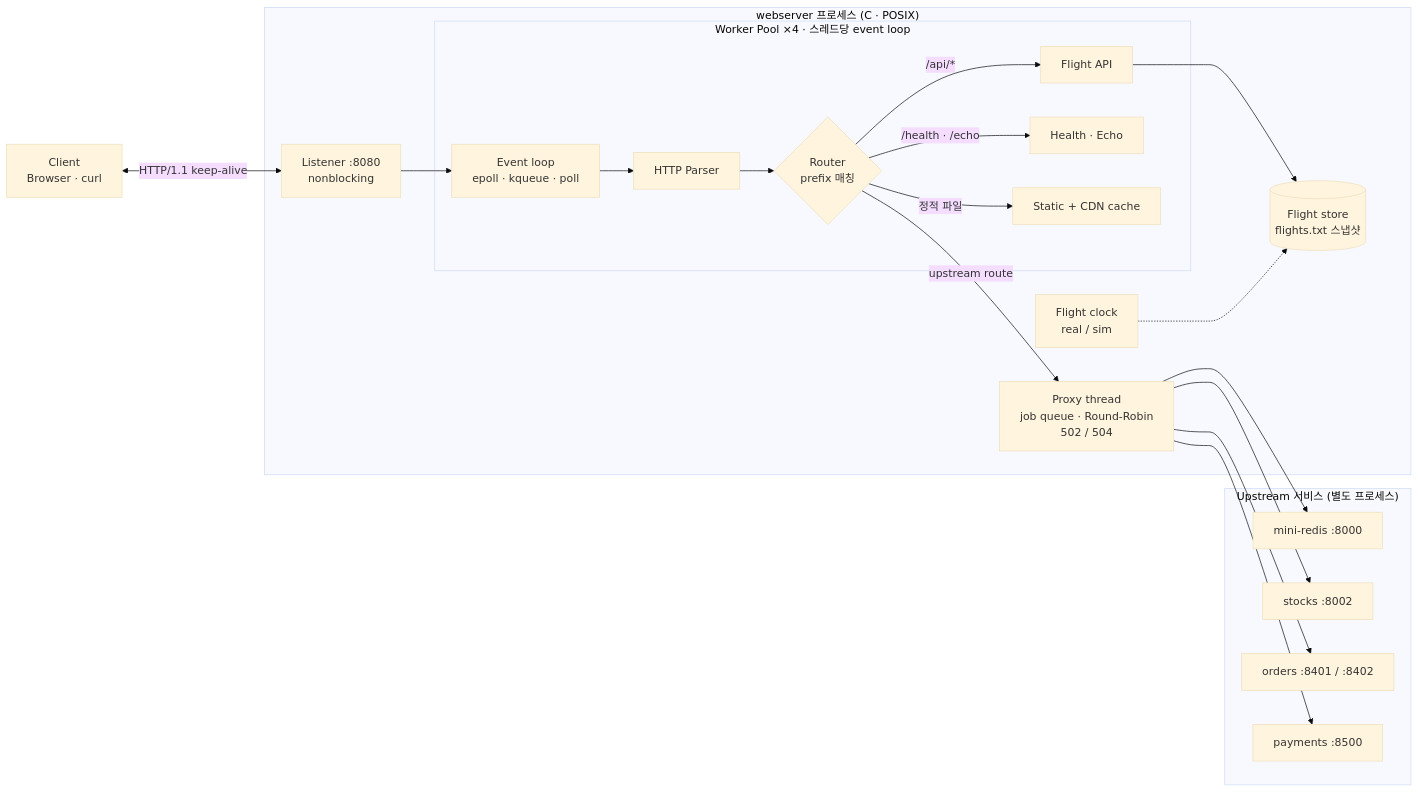
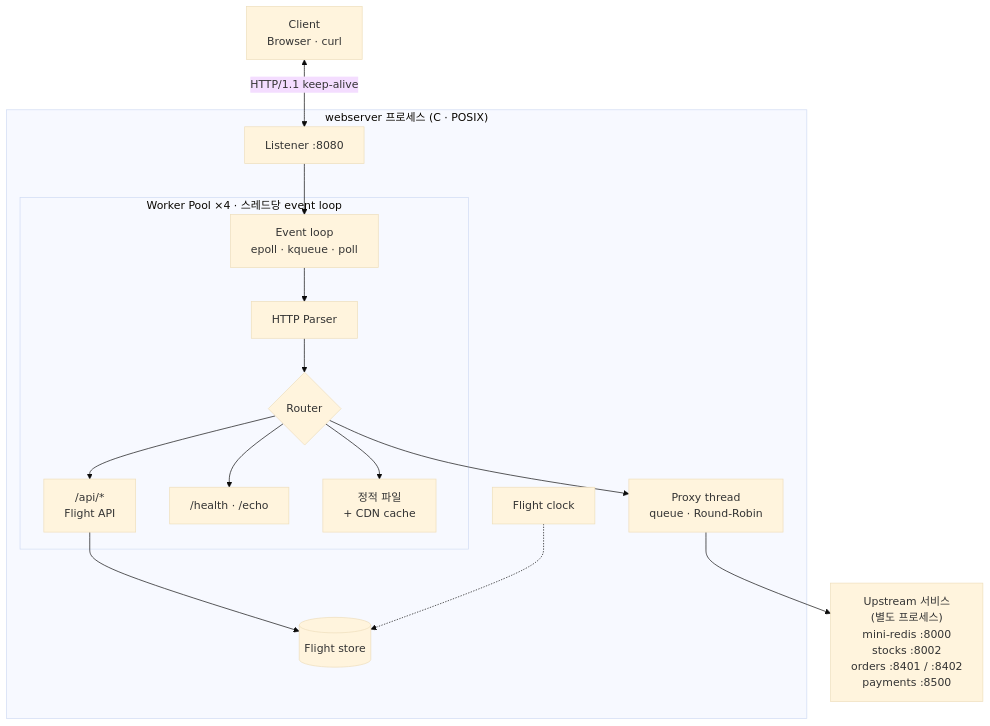
One commit to choimoohun/SW-AI-W13-Web-Server changed the diagram in README.md. Above: the diagram before and after it, drawn with Mermaid (base theme). The commit also changed 1 other file, not shown here.

Commit message:
docs: 아키텍처·이벤트 루프 그림을 mermaid로 교체
- 구성도/흐름을 mermaid flowchart로 직접 그림
- 멀티플렉싱 동작 순서는 DESIGN.md 링크로 연결

````diff
--- a/README.md
+++ b/README.md
@@ -74,23 +74,17 @@
 ```mermaid
-flowchart LR
-    C["Client<br/>Browser · curl"] <-->|"HTTP/1.1 keep-alive"| L["Listener :8080<br/>nonblocking"]
+flowchart TB
+    C["Client<br/>Browser · curl"] <-->|"HTTP/1.1 keep-alive"| L["Listener :8080"]
     subgraph S["webserver 프로세스 (C · POSIX)"]
         L --> EL
         subgraph W["Worker Pool ×4 · 스레드당 event loop"]
-            EL["Event loop<br/>epoll · kqueue · poll"] --> HP["HTTP Parser"] --> R{"Router<br/>prefix 매칭"}
-            R -->|"/api/*"| API["Flight API"]
-            R -->|"/health · /echo"| HC["Health · Echo"]
-            R -->|"정적 파일"| ST["Static + CDN cache"]
+            EL["Event loop<br/>epoll · kqueue · poll"] --> HP["HTTP Parser"] --> R{"Router"}
+            R --> API["/api/*<br/>Flight API"]
+            R --> HC["/health · /echo"]
+            R --> ST["정적 파일<br/>+ CDN cache"]
         end
-        R -->|"upstream route"| P["Proxy thread<br/>job queue · Round-Robin<br/>502 / 504"]
-        API --> DB[("Flight store<br/>flights.txt 스냅샷")]
-        CLK["Flight clock<br/>real / sim"] -.-> DB
+        R --> P["Proxy thread<br/>queue · Round-Robin"]
+        API --> DB[("Flight store")]
+        CLK["Flight clock"] -.-> DB
     end
-    subgraph U["Upstream 서비스 (별도 프로세스)"]
-        U1["mini-redis :8000"]
-        U2["stocks :8002"]
-        U3["orders :8401 / :8402"]
-        U4["payments :8500"]
-    end
-    P --> U1 & U2 & U3 & U4
+    P --> U["Upstream 서비스<br/>(별도 프로세스)<br/>mini-redis :8000<br/>stocks :8002<br/>orders :8401 / :8402<br/>payments :8500"]
 ```
````
